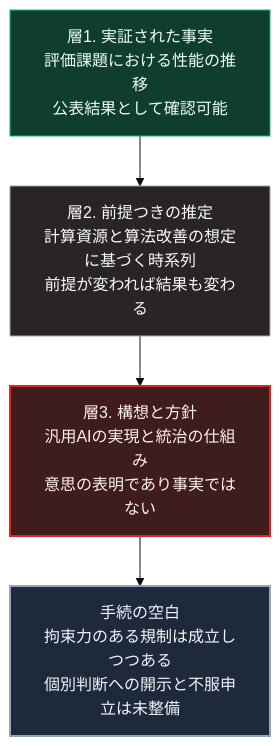
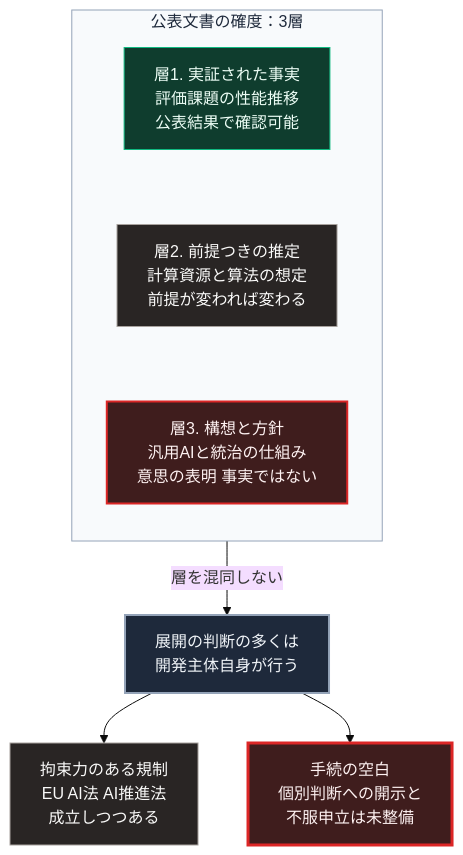
One commit to Takenori-Kusaka/zenn-content changed the diagram in books/sovereign-resilience-blueprint/36_openai-ai-futures-governance.md. Above: the diagram before and after it, drawn with Mermaid (base theme). The commit also changed other lines of this file and 114 other files, not shown here.

````diff
--- a/books/sovereign-resilience-blueprint/36_openai-ai-futures-governance.md
+++ b/books/sovereign-resilience-blueprint/36_openai-ai-futures-governance.md
@@ -59,12 +59,19 @@
 ```mermaid
 flowchart TD
-    L1[層1. 実証された事実<br>評価課題における性能の推移<br>公表結果として確認可能]
-    L1 --> L2[層2. 前提つきの推定<br>計算資源と算法改善の想定に基づく時系列<br>前提が変われば結果も変わる]
-    L2 --> L3[層3. 構想と方針<br>汎用AIの実現と統治の仕組み<br>意思の表明であり事実ではない]
-    L3 --> G[手続の空白<br>拘束力のある規制は成立しつつある<br>個別判断への開示と不服申立は未整備]
+    subgraph G[公表文書の確度：3層]
+        direction TB
+        L1[層1. 実証された事実<br>評価課題の性能推移<br>公表結果で確認可能] ~~~ L2[層2. 前提つきの推定<br>計算資源と算法の想定<br>前提が変われば変わる]
+        L2 ~~~ L3[層3. 構想と方針<br>汎用AIと統治の仕組み<br>意思の表明 事実ではない]
+    end
+    G -->|層を混同しない| J[展開の判断の多くは<br>開発主体自身が行う]
+    J --> R[拘束力のある規制<br>EU AI法 AI推進法<br>成立しつつある]
+    J --> X[手続の空白<br>個別判断への開示と<br>不服申立は未整備]
 
     style L1 fill:#0f3d2e,stroke:#10b981,color:#ecfdf5
     style L2 fill:#292524,stroke:#a8a29e,color:#fafaf9
     style L3 fill:#3f1d1d,stroke:#dc2626,stroke-width:2px,color:#fef2f2
-    style G fill:#1e293b,stroke:#94a3b8,stroke-width:2px,color:#f1f5f9
+    style J fill:#1e293b,stroke:#94a3b8,stroke-width:2px,color:#f1f5f9
+    style R fill:#292524,stroke:#a8a29e,color:#fafaf9
+    style X fill:#3f1d1d,stroke:#dc2626,stroke-width:3px,color:#fef2f2
+    style G fill:#f8fafc,stroke:#94a3b8,color:#1e293b
 ```
````
